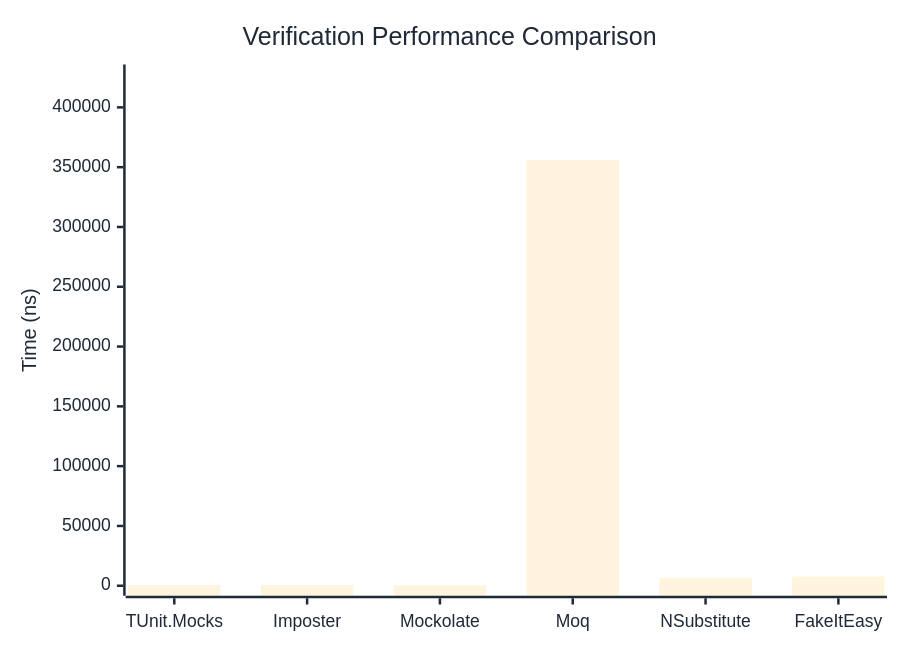
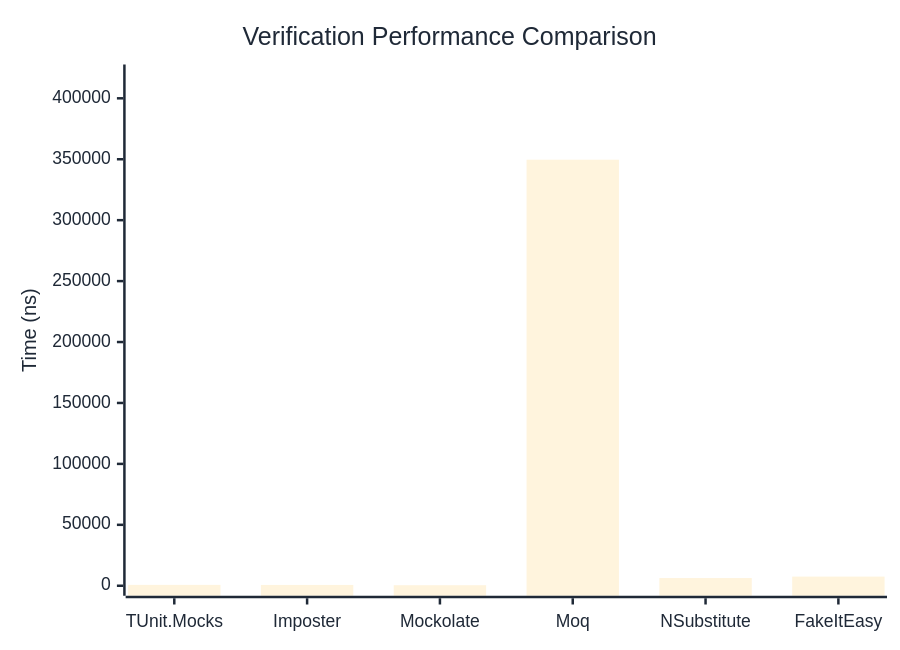
The first of 3 diagrams in docs/docs/benchmarks/mocks/Verification.md (thomhurst/TUnit), drawn with Mermaid before and after one commit. The commit also changed other lines of this file and 14 other files, not shown here.

````diff
--- a/docs/docs/benchmarks/mocks/Verification.md
+++ b/docs/docs/benchmarks/mocks/Verification.md
@@ -30,27 +30,27 @@
 ```mermaid
 %%{init: {
   'theme':'base',
   'themeVariables': {
     'primaryColor': '#2563eb',
     'primaryTextColor': '#1f2937',
     'primaryBorderColor': '#1e40af',
     'lineColor': '#6b7280',
     'secondaryColor': '#7c3aed',
     'tertiaryColor': '#dc2626',
     'background': '#ffffff',
     'pie1': '#2563eb',
     'pie2': '#7c3aed',
     'pie3': '#dc2626',
     'pie4': '#f59e0b',
     'pie5': '#10b981',
     'pie6': '#06b6d4',
     'pie7': '#ec4899',
     'pie8': '#6366f1'
   }
 }}%%
 xychart-beta
   title "Verification Performance Comparison"
   x-axis ["TUnit.Mocks", "Imposter", "Mockolate", "Moq", "NSubstitute", "FakeItEasy"]
-  y-axis "Time (ns)" 0 --> 427487
-  bar [759.26, 759.2, 430.53, 356238.88, 6461.83, 7704.45]
+  y-axis "Time (ns)" 0 --> 419540
+  bar [715.93, 663.18, 426.5, 349616.36, 6322.41, 7513.14]
 ```
````
